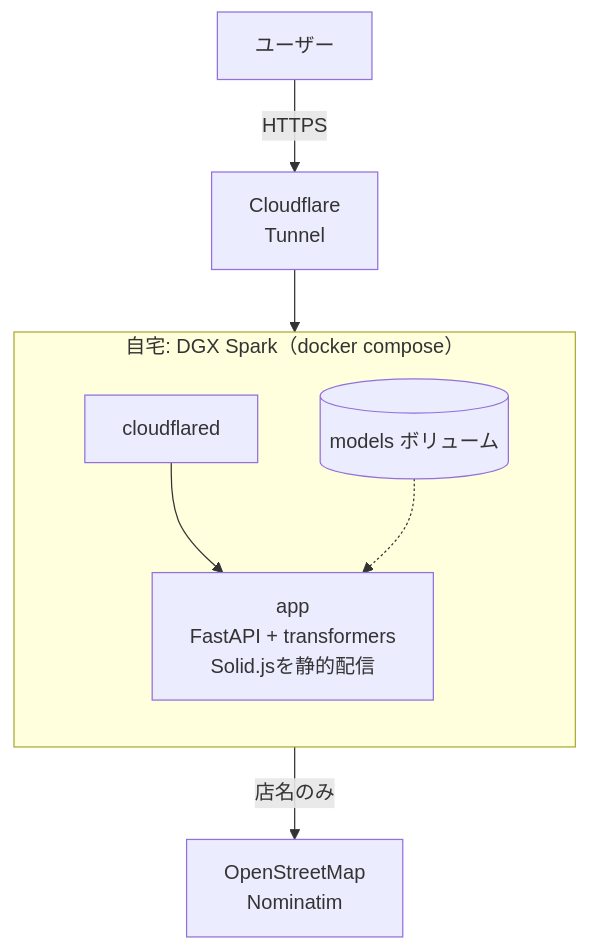
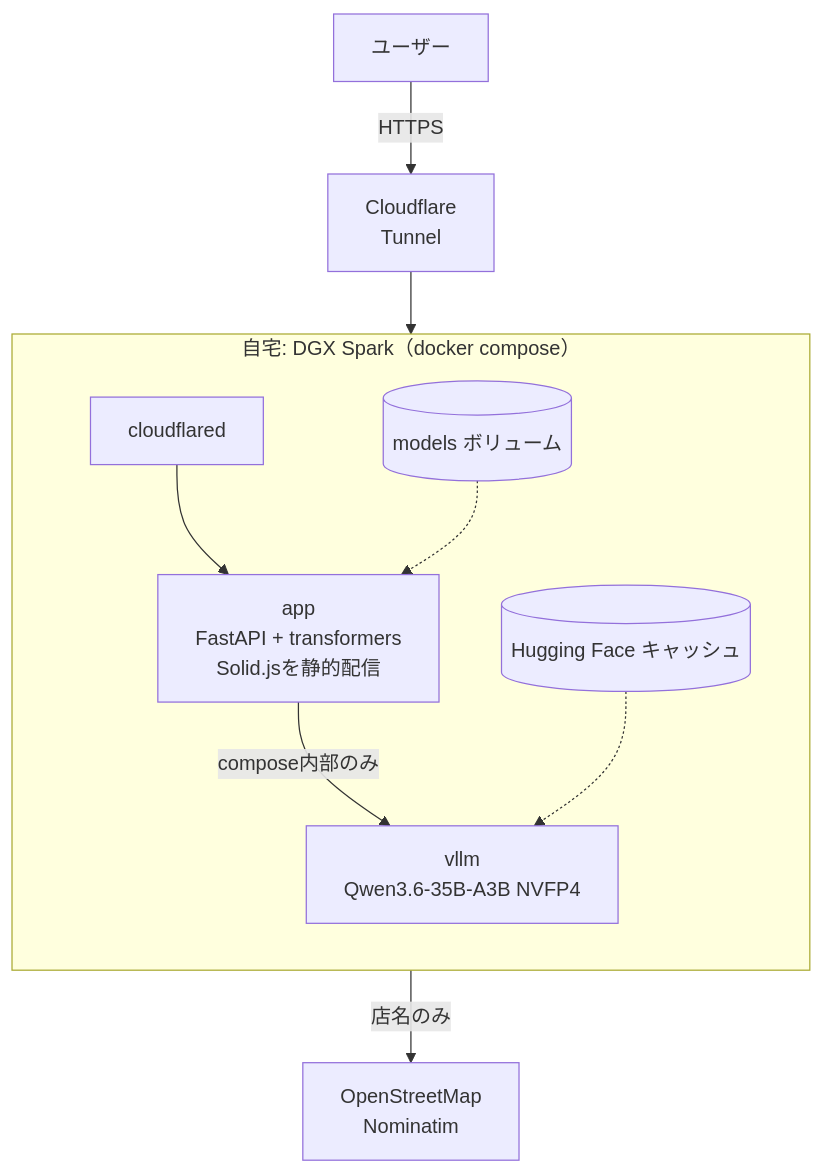
One commit to ndac-todoroki/receipt-tagger changed the third of 4 diagrams in docs/architecture.md. Above: the diagram before and after it, drawn with Mermaid. The commit also changed other lines of this file and 2 other files, not shown here.

First line of the commit message:
読み取りを Qwen3.6-35B の構造化に置き換える方針を文書に反映

````diff
--- a/docs/architecture.md
+++ b/docs/architecture.md
@@ -126,15 +135,19 @@
 ```mermaid
 flowchart TB
     User["ユーザー"] -->|"HTTPS"| CF["Cloudflare<br/>Tunnel"]
 
     subgraph Home["自宅: DGX Spark（docker compose）"]
         direction TB
         Tun["cloudflared"]
         App["app<br/>FastAPI + transformers<br/>Solid.jsを静的配信"]
+        VL["vllm<br/>Qwen3.6-35B-A3B NVFP4"]
         Vol[("models ボリューム")]
+        HF[("Hugging Face キャッシュ")]
     end
 
     CF --> Tun --> App
+    App -->|"compose内部のみ"| VL
     Vol -.-> App
+    HF -.-> VL
     App -->|"店名のみ"| Search["OpenStreetMap<br/>Nominatim"]
 ```
````
